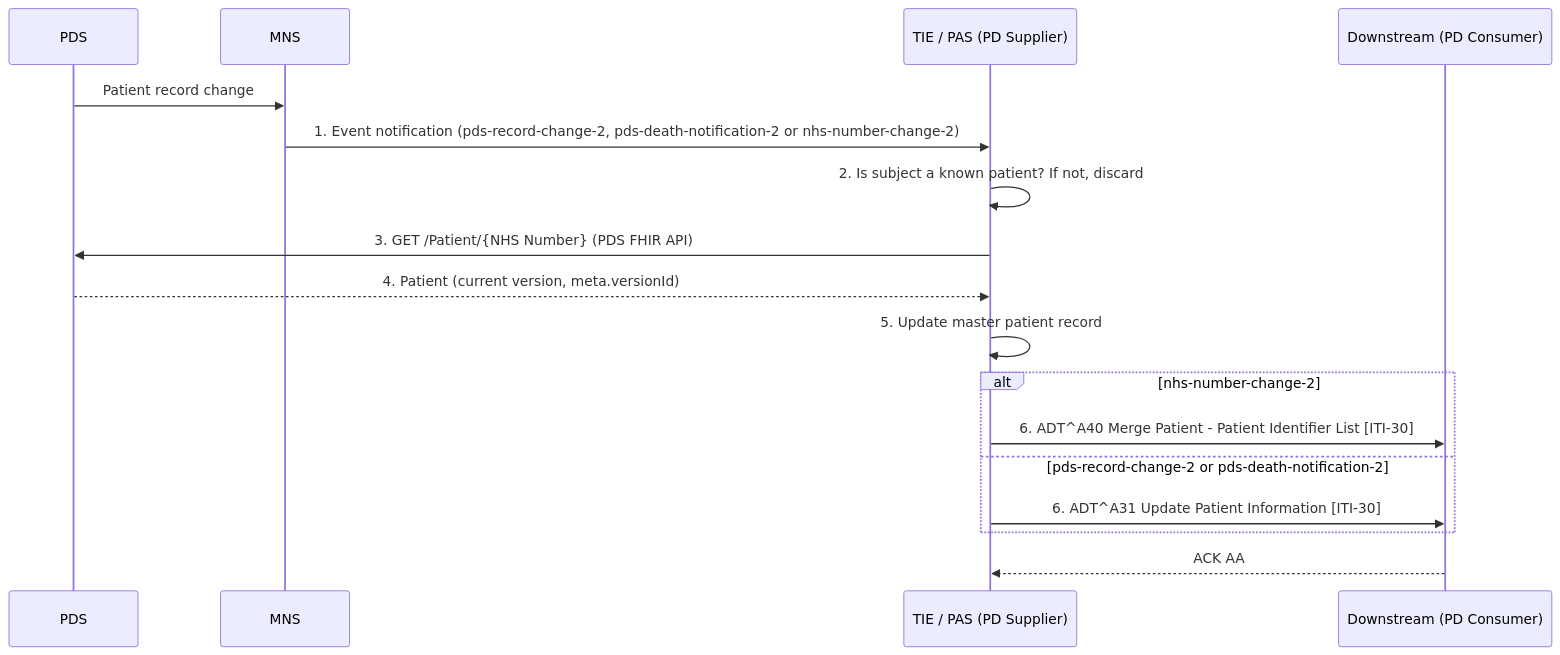
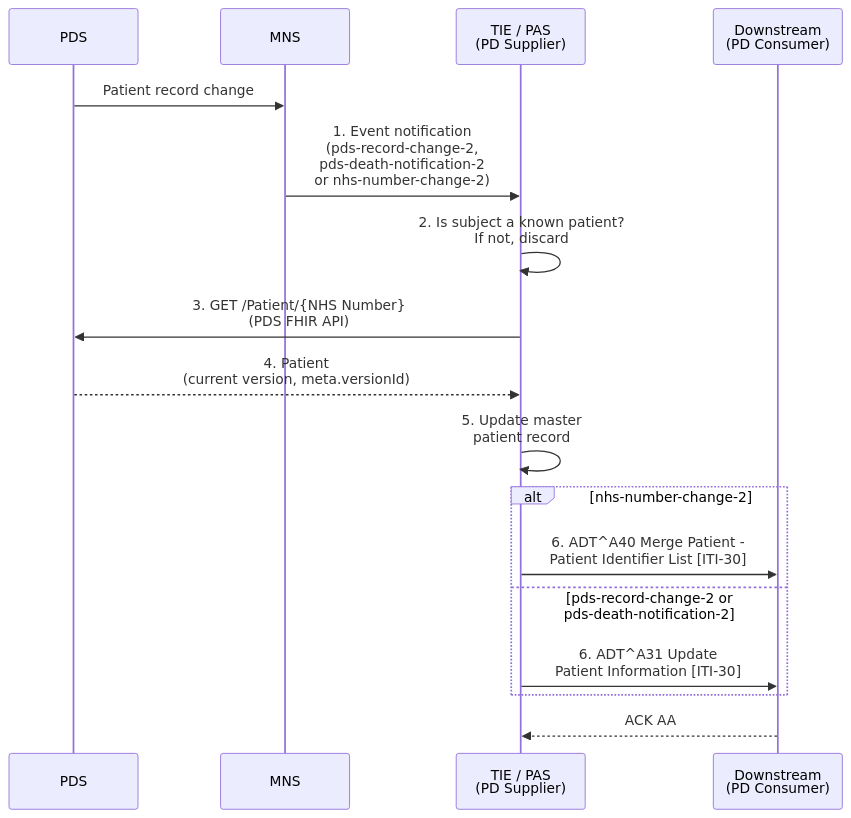
Before and after one commit to nw-gmsa/IHEUK-PAM-Unofficial: the diagram in input/pagecontent/scenario-pds-notifications.md, drawn with Mermaid. The commit also changed 3 other files, not shown here.

Commit message:
Narrow wide Mermaid diagrams so they stay readable in the 1100px content column

````diff
--- a/input/pagecontent/scenario-pds-notifications.md
+++ b/input/pagecontent/scenario-pds-notifications.md
@@ -32,19 +32,19 @@
 ```mermaid
 sequenceDiagram
     participant PDS
     participant MNS
-    participant TIE as TIE / PAS (PD Supplier)
-    participant PDC as Downstream (PD Consumer)
+    participant TIE as TIE / PAS<br/>(PD Supplier)
+    participant PDC as Downstream<br/>(PD Consumer)
     PDS->>MNS: Patient record change
-    MNS->>TIE: 1. Event notification (pds-record-change-2, pds-death-notification-2 or nhs-number-change-2)
-    TIE->>TIE: 2. Is subject a known patient? If not, discard
-    TIE->>PDS: 3. GET /Patient/{NHS Number} (PDS FHIR API)
-    PDS-->>TIE: 4. Patient (current version, meta.versionId)
-    TIE->>TIE: 5. Update master patient record
+    MNS->>TIE: 1. Event notification<br/>(pds-record-change-2,<br/>pds-death-notification-2<br/>or nhs-number-change-2)
+    TIE->>TIE: 2. Is subject a known patient?<br/>If not, discard
+    TIE->>PDS: 3. GET /Patient/{NHS Number}<br/>(PDS FHIR API)
+    PDS-->>TIE: 4. Patient<br/>(current version, meta.versionId)
+    TIE->>TIE: 5. Update master<br/>patient record
     alt nhs-number-change-2
-        TIE->>PDC: 6. ADT^A40 Merge Patient - Patient Identifier List [ITI-30]
+        TIE->>PDC: 6. ADT^A40 Merge Patient -<br/>Patient Identifier List [ITI-30]
     else pds-record-change-2 or pds-death-notification-2
-        TIE->>PDC: 6. ADT^A31 Update Patient Information [ITI-30]
+        TIE->>PDC: 6. ADT^A31 Update<br/>Patient Information [ITI-30]
     end
     PDC-->>TIE: ACK AA
 ```
````
